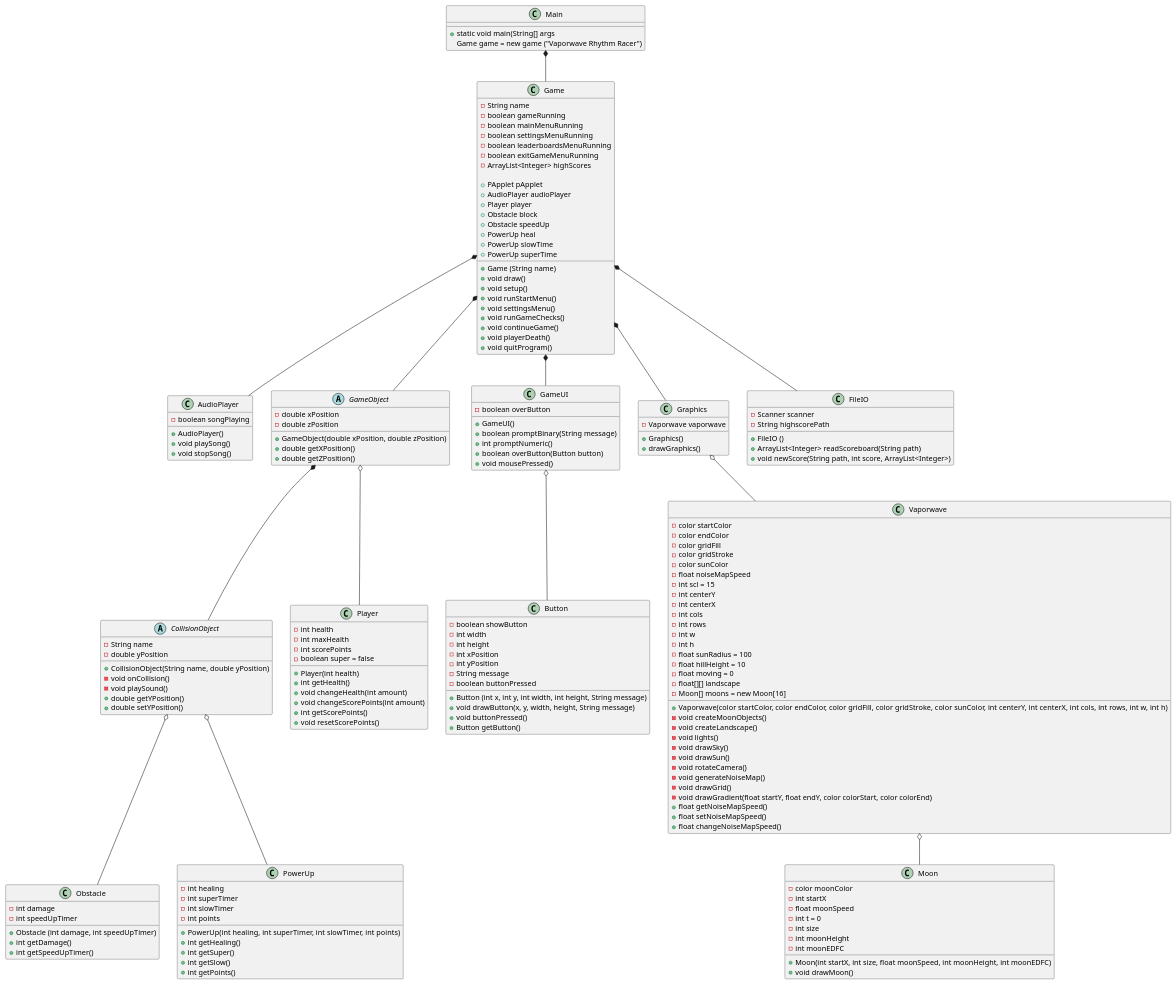
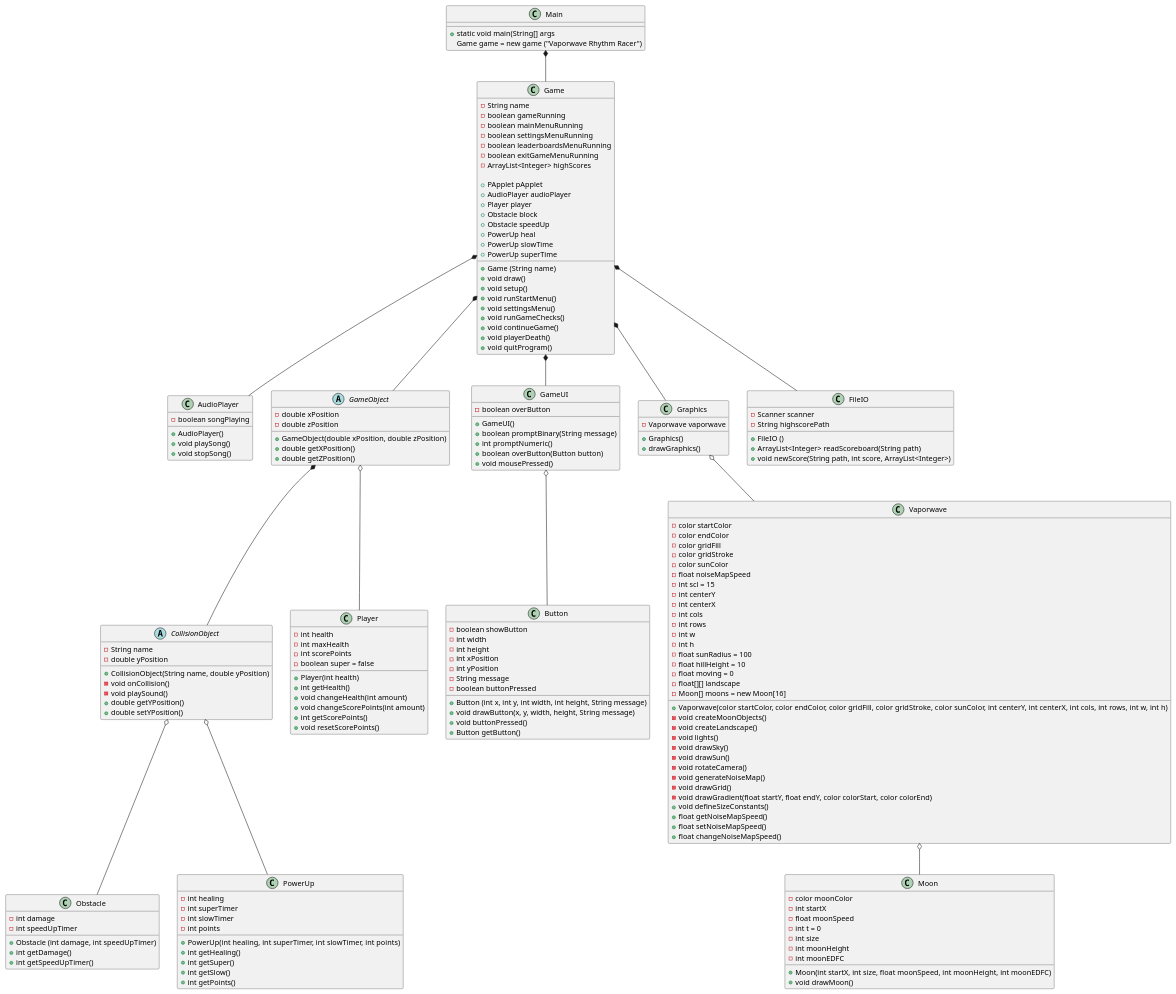
One commit to Gervig/Vaporwave-Rhythm-Racer changed the diagram in doc/Plan/static/classdiagram.puml. Above: the diagram before and after it, drawn with PlantUML. The commit also changed 2 other files, not shown here.

```diff
--- a/doc/Plan/static/classdiagram.puml
+++ b/doc/Plan/static/classdiagram.puml
@@ -185,10 +185,12 @@
 - void generateNoiseMap()
 - void drawGrid()
 - void drawGradient(float startY, float endY, color colorStart, color colorEnd)
++ void defineSizeConstants()
 'De følgende metoder burde kaldes til at få banen til at følge med resten af spillets speed
 + float getNoiseMapSpeed()
 + float setNoiseMapSpeed()
 + float changeNoiseMapSpeed()
+
 }
 
 class Moon{
```
